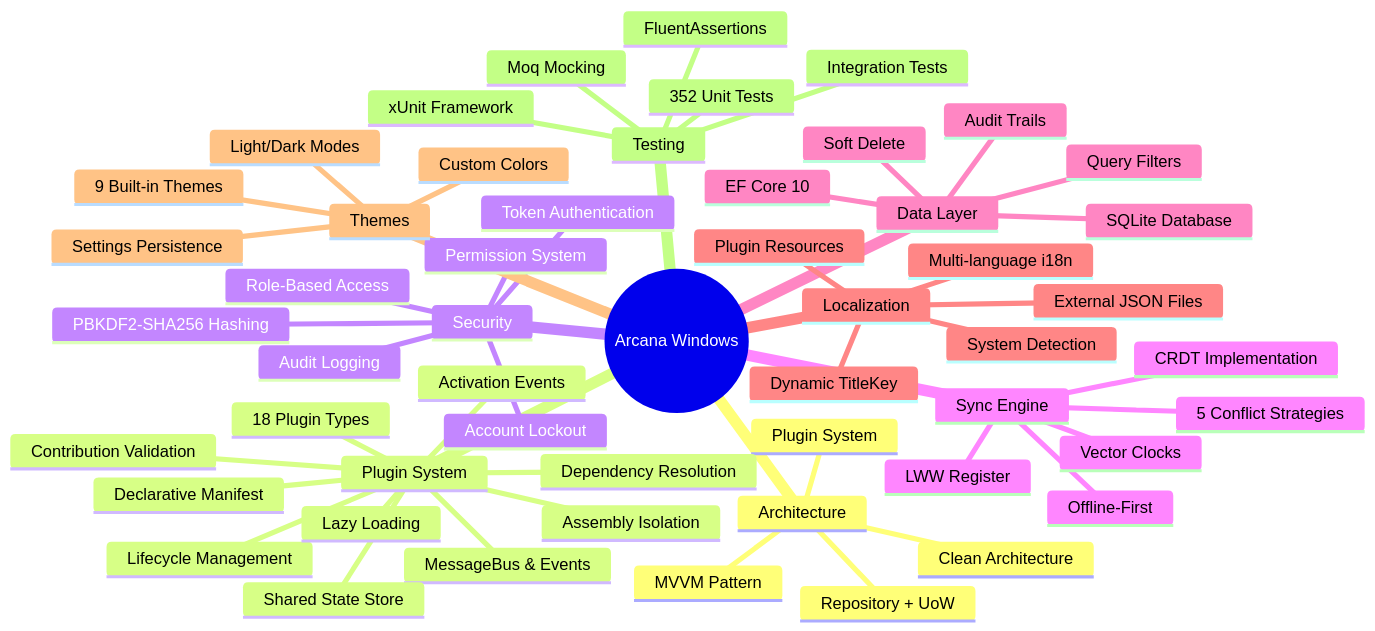
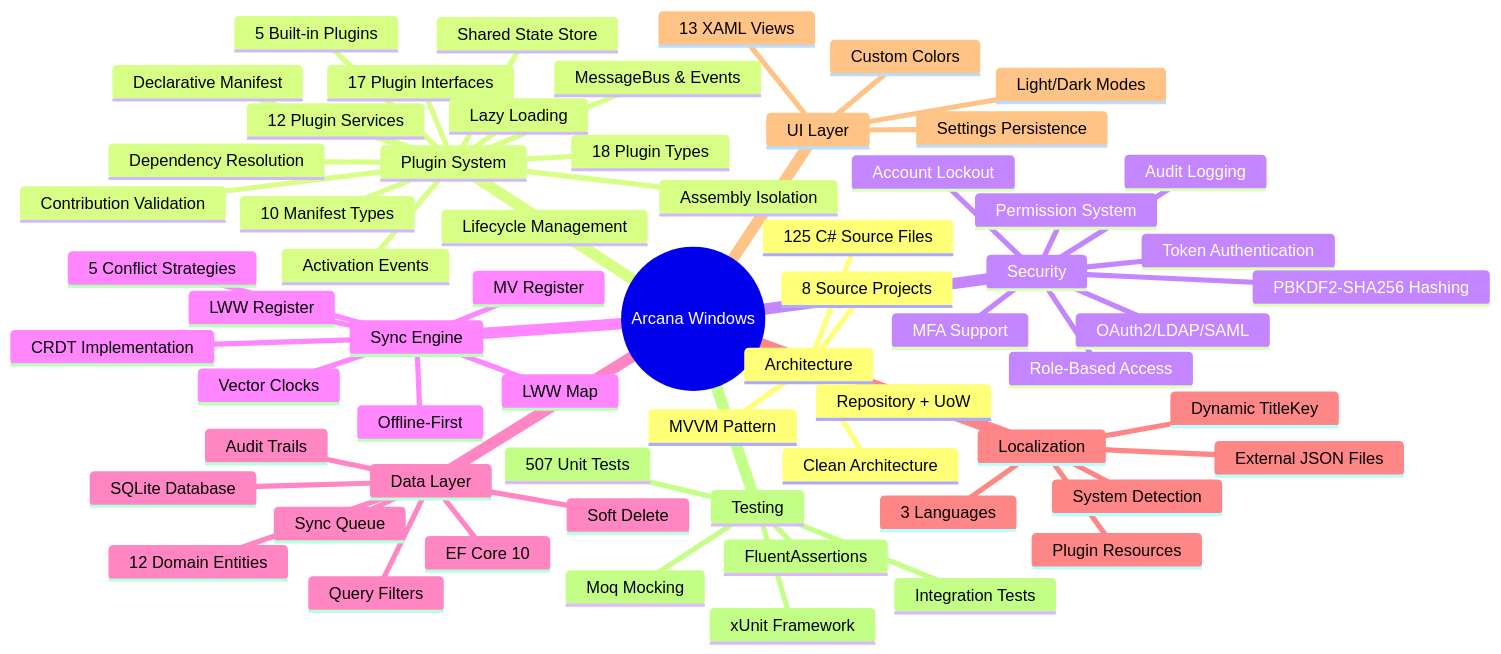
Before and after one commit to jrjohn/arcana-windows: the second of 8 diagrams in README.md, drawn with Mermaid. The commit also changed other lines of this file and 914 other files, not shown here.

````diff
--- a/README.md
+++ b/README.md
@@ -320,56 +322,67 @@
 ```mermaid
 mindmap
   root((Arcana Windows))
     Architecture
       Clean Architecture
       MVVM Pattern
-      Plugin System
+      8 Source Projects
+      125 C# Source Files
       Repository + UoW
     Plugin System
       18 Plugin Types
+      17 Plugin Interfaces
+      12 Plugin Services
       Assembly Isolation
       Lifecycle Management
       Dependency Resolution
       MessageBus & Events
       Shared State Store
       Declarative Manifest
+      10 Manifest Types
       Lazy Loading
       Activation Events
       Contribution Validation
+      5 Built-in Plugins
     Security
       PBKDF2-SHA256 Hashing
       Token Authentication
       Role-Based Access
       Account Lockout
       Audit Logging
       Permission System
+      OAuth2/LDAP/SAML
+      MFA Support
     Sync Engine
       CRDT Implementation
       Vector Clocks
       LWW Register
+      MV Register
+      LWW Map
       5 Conflict Strategies
       Offline-First
     Data Layer
       EF Core 10
       SQLite Database
+      12 Domain Entities
       Soft Delete
       Audit Trails
       Query Filters
+      Sync Queue
     Localization
-      Multi-language i18n
+      3 Languages
       External JSON Files
       Plugin Resources
       Dynamic TitleKey
       System Detection
-    Themes
-      9 Built-in Themes
+    UI Layer
+      13 XAML Views
       Light/Dark Modes
       Custom Colors
       Settings Persistence
     Testing
-      352 Unit Tests
+      507 Unit Tests
       xUnit Framework
       FluentAssertions
       Moq Mocking
       Integration Tests
 ```
````
